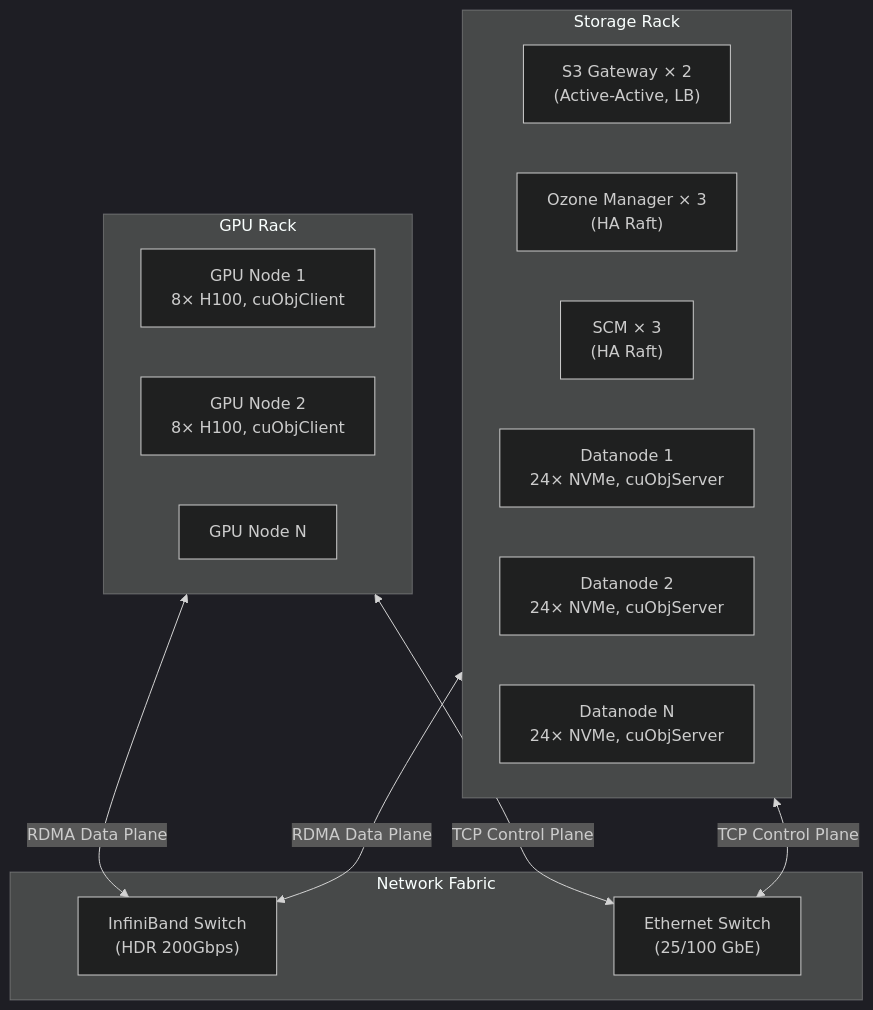
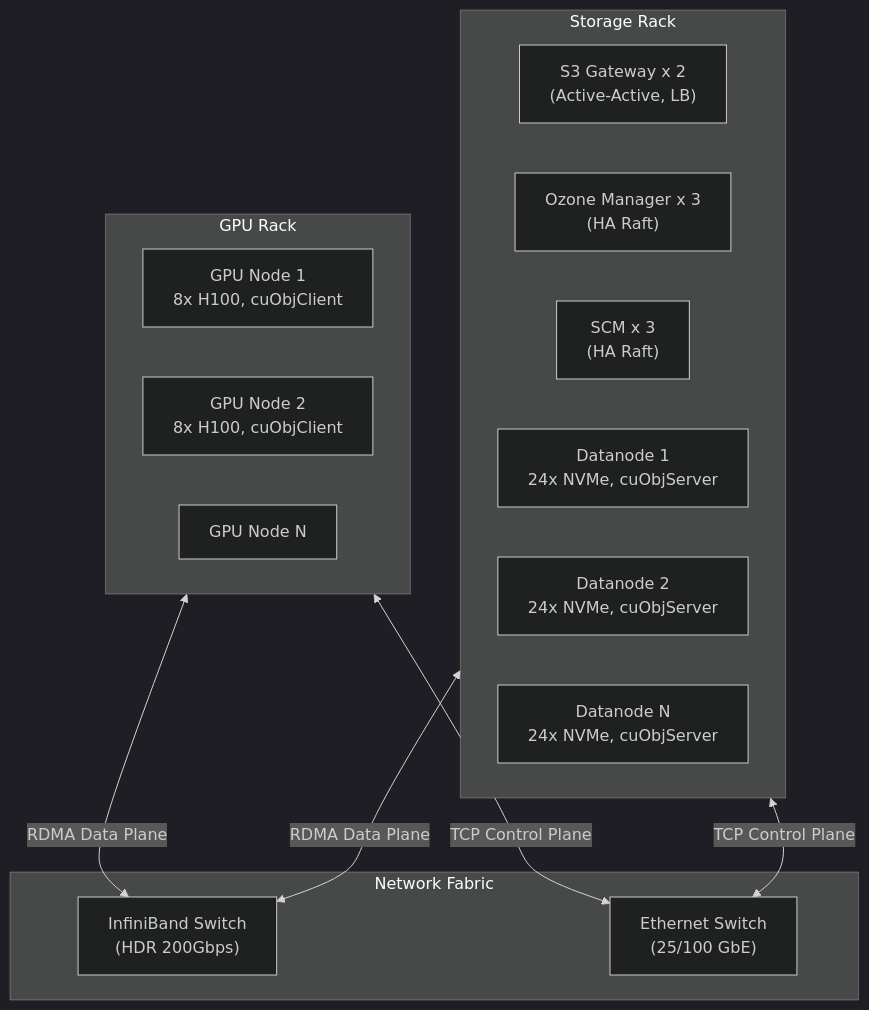
Before and after one commit to ptlrs/ozone: the third of 18 diagrams in docs/gds-dn-direct-rdma-implementation-spec.md, drawn with Mermaid (dark theme). The commit also changed other lines of this file, not shown here.

````diff
--- a/docs/gds-dn-direct-rdma-implementation-spec.md
+++ b/docs/gds-dn-direct-rdma-implementation-spec.md
@@ -221,27 +229,27 @@
 ```mermaid
 flowchart TB
   subgraph GPU_Rack["GPU Rack"]
-    GPU_Node1["GPU Node 1<br/>8× H100, cuObjClient"]
-    GPU_Node2["GPU Node 2<br/>8× H100, cuObjClient"]
+    GPU_Node1["GPU Node 1<br/>8x H100, cuObjClient"]
+    GPU_Node2["GPU Node 2<br/>8x H100, cuObjClient"]
     GPU_NodeN["GPU Node N"]
   end
 
   subgraph Storage_Rack["Storage Rack"]
-    GW_Node["S3 Gateway × 2<br/>(Active-Active, LB)"]
-    OM_Node["Ozone Manager × 3<br/>(HA Raft)"]
-    SCM_Node["SCM × 3<br/>(HA Raft)"]
-    DN_Node1["Datanode 1<br/>24× NVMe, cuObjServer"]
-    DN_Node2["Datanode 2<br/>24× NVMe, cuObjServer"]
-    DN_NodeN["Datanode N<br/>24× NVMe, cuObjServer"]
+    GW_Node["S3 Gateway x 2<br/>(Active-Active, LB)"]
+    OM_Node["Ozone Manager x 3<br/>(HA Raft)"]
+    SCM_Node["SCM x 3<br/>(HA Raft)"]
+    DN_Node1["Datanode 1<br/>24x NVMe, cuObjServer"]
+    DN_Node2["Datanode 2<br/>24x NVMe, cuObjServer"]
+    DN_NodeN["Datanode N<br/>24x NVMe, cuObjServer"]
   end
 
   subgraph Network["Network Fabric"]
     IB_Switch["InfiniBand Switch<br/>(HDR 200Gbps)"]
     ETH_Switch["Ethernet Switch<br/>(25/100 GbE)"]
   end
 
   GPU_Rack <-->|" RDMA Data Plane "| IB_Switch
   Storage_Rack <-->|" RDMA Data Plane "| IB_Switch
   GPU_Rack <-->|" TCP Control Plane "| ETH_Switch
   Storage_Rack <-->|" TCP Control Plane "| ETH_Switch
 ```
````
